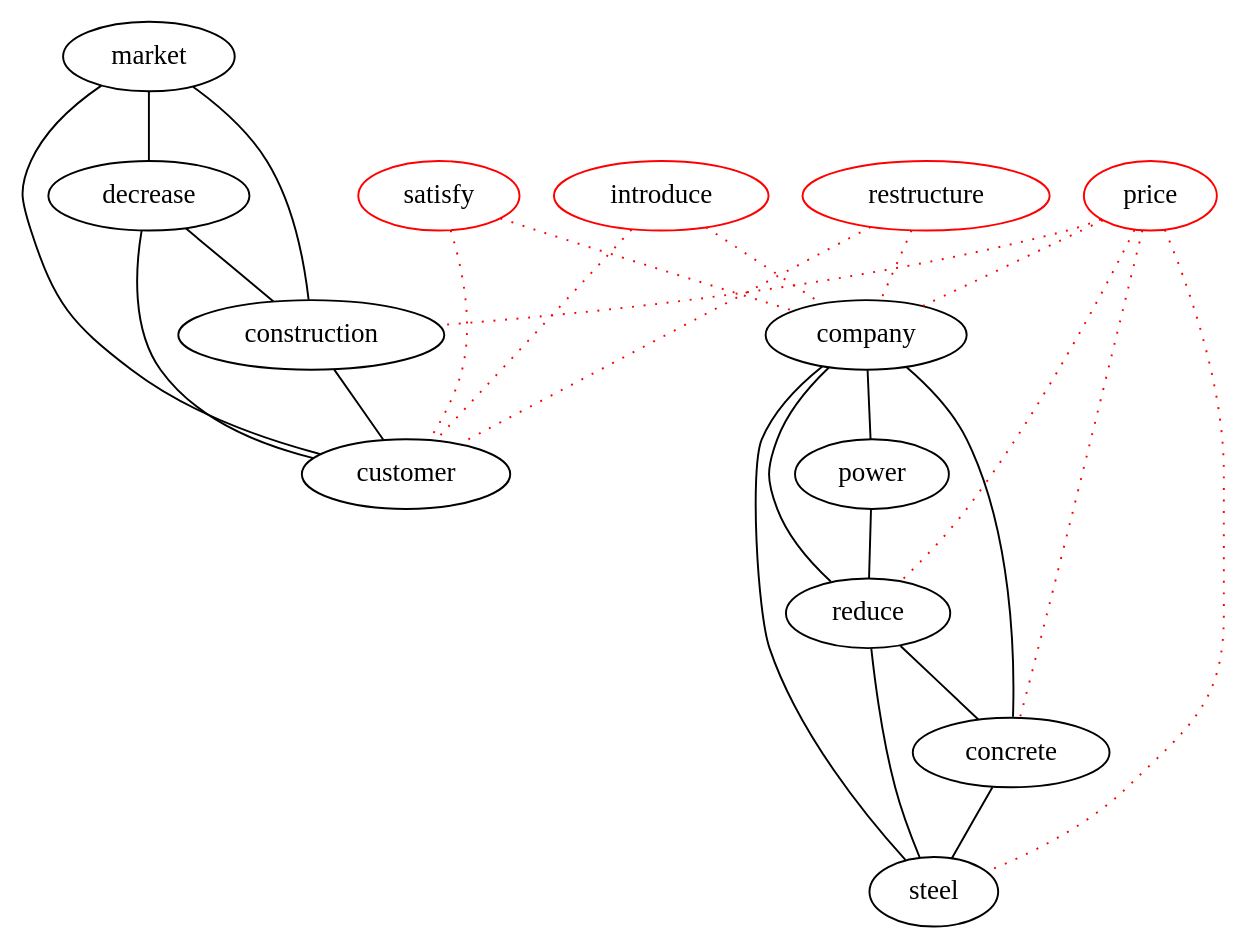
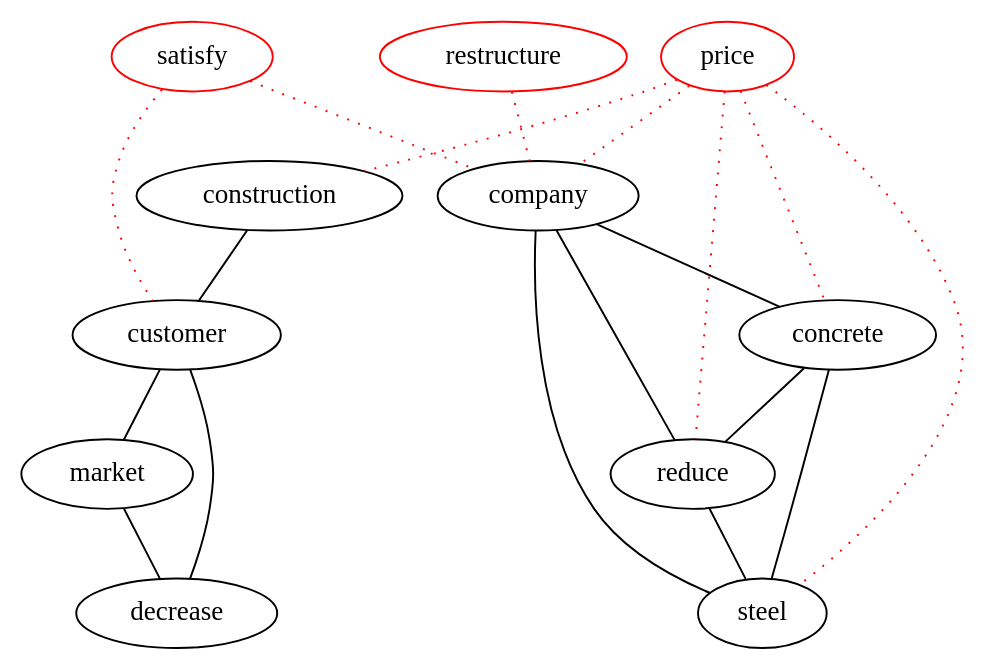
One commit to michaelweiss/keygraph changed the diagram in dot/d2.dot. Above: the diagram before and after it, drawn with Graphviz. The commit also changed 6 other files, not shown here.

Commit message:
add overlap attribute to graph

```diff
--- a/dot/d2.dot
+++ b/dot/d2.dot
@@ -1,41 +1,32 @@
 graph keygraph {
-graph [size="10,10"]
+graph [size="10,10", overlap="scale"]
 customer [color="black"]
-construction [color="black"]
+steel [color="black"]
 concrete [color="black"]
 reduce [color="black"]
+market [color="black"]
+construction [color="black"]
+company [color="black"]
 decrease [color="black"]
-steel [color="black"]
-company [color="black"]
-market [color="black"]
-power [color="black"]
+price [color="red"]
 satisfy [color="red"]
-introduce [color="red"]
-price [color="red"]
 restructure [color="red"]
-company--power
+construction--customer
+customer--market
+customer--decrease
+market--decrease
 company--concrete
 company--steel
 company--reduce
-power--reduce
-reduce--concrete
+concrete--reduce
+concrete--steel
 reduce--steel
-concrete--steel
-market--construction
-market--decrease
-market--customer
-decrease--construction
-decrease--customer
-construction--customer
-introduce--customer [color="red", style="dotted"]
-introduce--company [color="red", style="dotted"]
-restructure--customer [color="red", style="dotted"]
 restructure--company [color="red", style="dotted"]
 satisfy--customer [color="red", style="dotted"]
 satisfy--company [color="red", style="dotted"]
-price--construction [color="red", style="dotted"]
+price--steel [color="red", style="dotted"]
 price--concrete [color="red", style="dotted"]
 price--reduce [color="red", style="dotted"]
-price--steel [color="red", style="dotted"]
+price--construction [color="red", style="dotted"]
 price--company [color="red", style="dotted"]
 }
```
